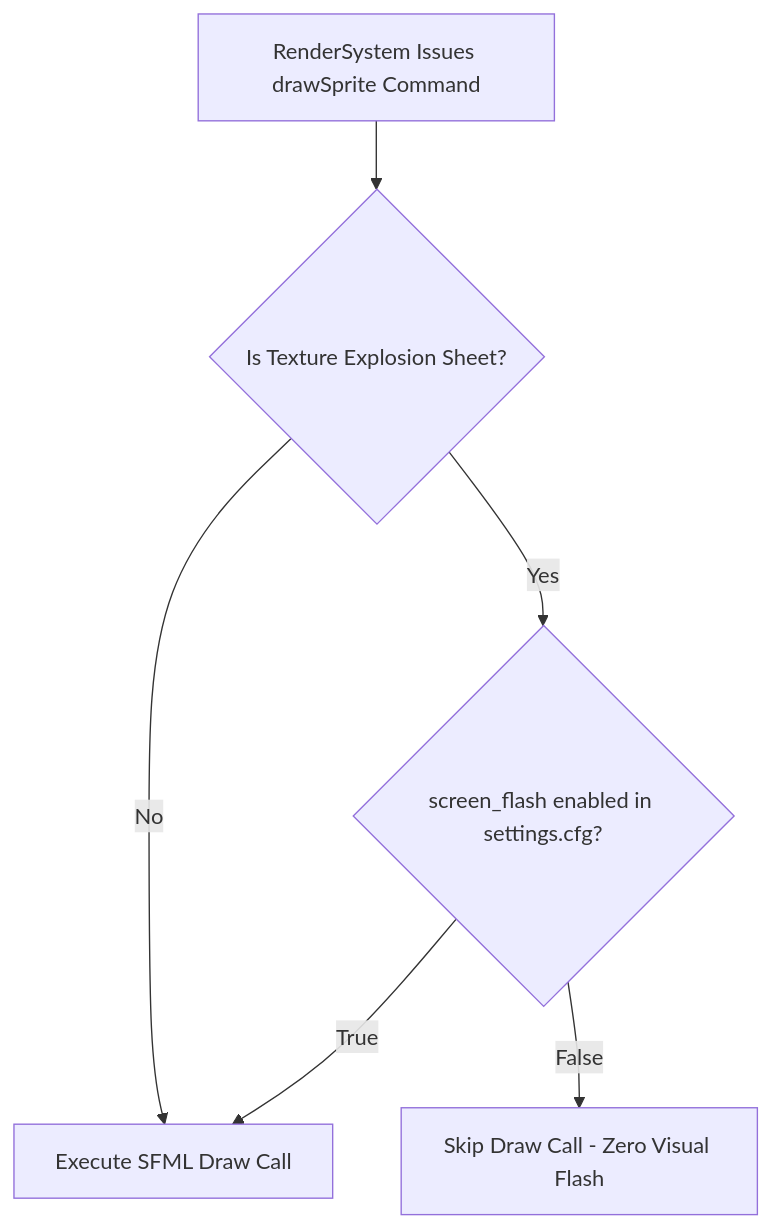
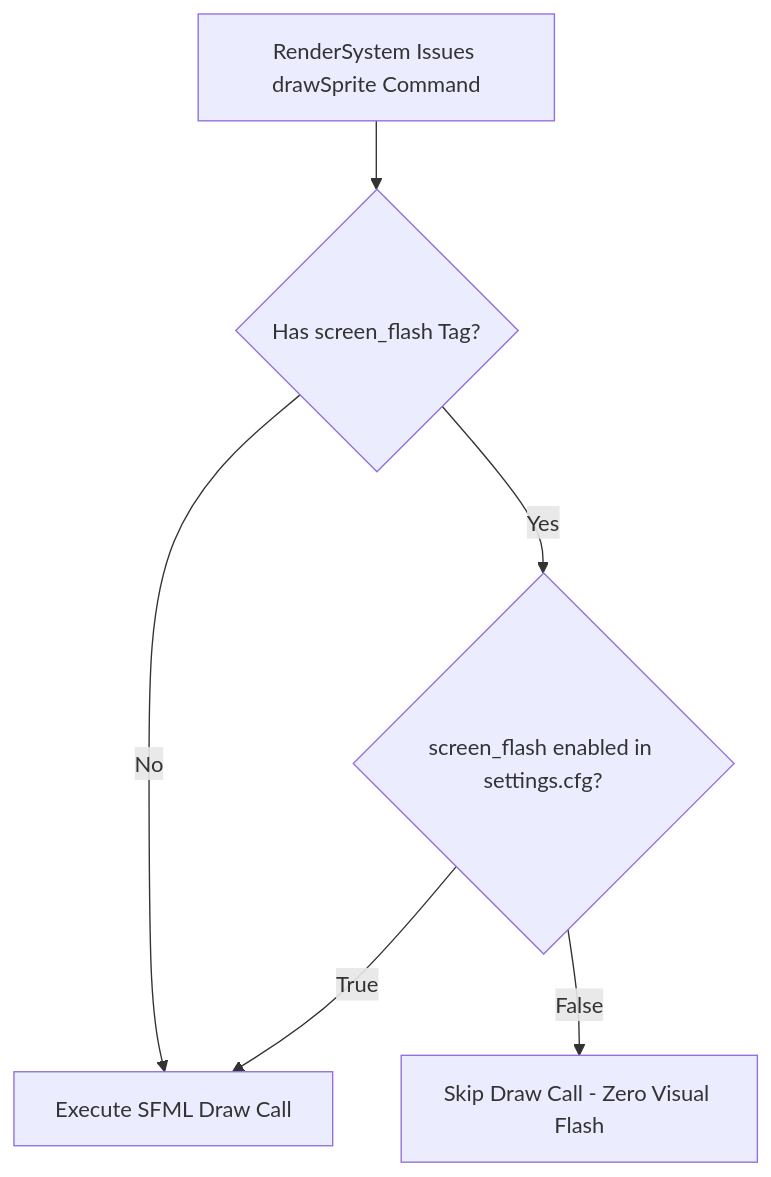
Before and after one commit to noambouillet/rtype: the third of 3 diagrams in docs/accessibility_study.md, drawn with Mermaid. The commit also changed other lines of this file, not shown here.

Commit message:
docs: change the accessibility study document to use tag

````diff
--- a/docs/accessibility_study.md
+++ b/docs/accessibility_study.md
@@ -132,8 +132,8 @@
 ```mermaid
 flowchart TD
-    RenderCmd[RenderSystem Issues drawSprite Command] --> CheckTexture{Is Texture Explosion Sheet?}
+    RenderCmd[RenderSystem Issues drawSprite Command] --> CheckTexture{Has screen_flash Tag?}
     CheckTexture -- No --> Draw[Execute SFML Draw Call]
     CheckTexture -- Yes --> CheckSetting{screen_flash enabled in settings.cfg?}
     CheckSetting -- True --> Draw
     CheckSetting -- False --> Drop[Skip Draw Call - Zero Visual Flash]
 ```
````
